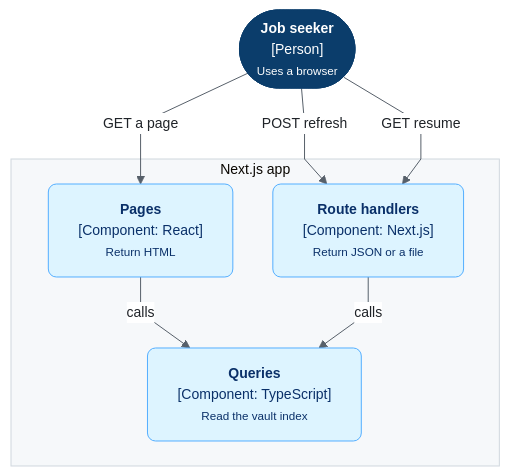
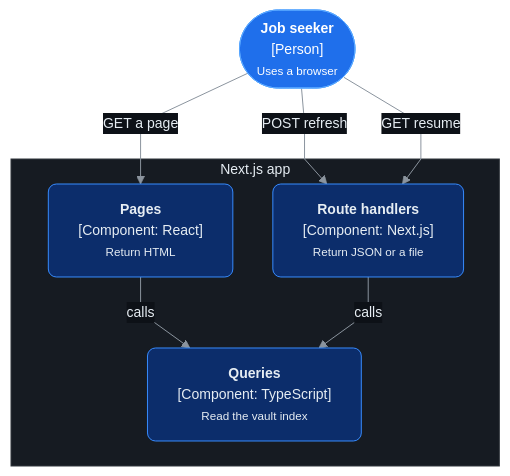
One commit to lyeyixian/job-search-app changed the diagram in docs/architecture/api.md. Above: the diagram before and after it, drawn with Mermaid. The commit also changed 4 other files, not shown here.

First line of the commit message:
Switch the diagram theme to dark colours

````diff
--- a/docs/architecture/api.md
+++ b/docs/architecture/api.md
@@ -12,24 +12,24 @@
 ```mermaid
-%%{init: {"theme":"base","themeVariables":{"fontFamily":"system-ui, sans-serif","fontSize":"14px","lineColor":"#57606a","clusterBkg":"#f6f8fa","clusterBorder":"#d0d7de","edgeLabelBackground":"#ffffff","primaryTextColor":"#1f2328"},"flowchart":{"curve":"linear","nodeSpacing":40,"rankSpacing":50}}}%%
+%%{init: {"theme":"base","themeVariables":{"fontFamily":"system-ui, sans-serif","fontSize":"14px","lineColor":"#8b949e","clusterBkg":"#161b22","clusterBorder":"#30363d","edgeLabelBackground":"#0d1117","primaryTextColor":"#e6edf3","titleColor":"#e6edf3"},"flowchart":{"curve":"linear","nodeSpacing":40,"rankSpacing":50}}}%%
 flowchart TB
     browser(["<b>Job seeker</b><br/>[Person]<br/><small>Uses a browser</small>"]):::person
 
     subgraph next["Next.js app"]
         pages["<b>Pages</b><br/>[Component: React]<br/><small>Return HTML</small>"]:::component
         handlers["<b>Route handlers</b><br/>[Component: Next.js]<br/><small>Return JSON or a file</small>"]:::component
         queries["<b>Queries</b><br/>[Component: TypeScript]<br/><small>Read the vault index</small>"]:::component
     end
 
     browser -- "GET a page" --> pages
     browser -- "POST refresh" --> handlers
     browser -- "GET resume" --> handlers
     pages -- "calls" --> queries
     handlers -- "calls" --> queries
 
-    classDef person fill:#0b3d6b,stroke:#0b3d6b,color:#ffffff,rx:8,ry:8
-    classDef system fill:#1f6feb,stroke:#1a5fcc,color:#ffffff,rx:8,ry:8
-    classDef container fill:#ddf4ff,stroke:#54aeff,color:#0a3069,rx:8,ry:8
-    classDef component fill:#ddf4ff,stroke:#54aeff,color:#0a3069,rx:8,ry:8
-    classDef store fill:#ddf4ff,stroke:#54aeff,color:#0a3069
-    classDef external fill:#f6f8fa,stroke:#8c959f,color:#424a53,stroke-dasharray:4 3,rx:8,ry:8
+    classDef person fill:#1f6feb,stroke:#58a6ff,color:#ffffff,rx:8,ry:8
+    classDef system fill:#1f6feb,stroke:#58a6ff,color:#ffffff,rx:8,ry:8
+    classDef container fill:#0c2d6b,stroke:#388bfd,color:#e6edf3,rx:8,ry:8
+    classDef component fill:#0c2d6b,stroke:#388bfd,color:#e6edf3,rx:8,ry:8
+    classDef store fill:#0c2d6b,stroke:#388bfd,color:#e6edf3
+    classDef external fill:#21262d,stroke:#8b949e,color:#c9d1d9,stroke-dasharray:4 3,rx:8,ry:8
 ```
````
